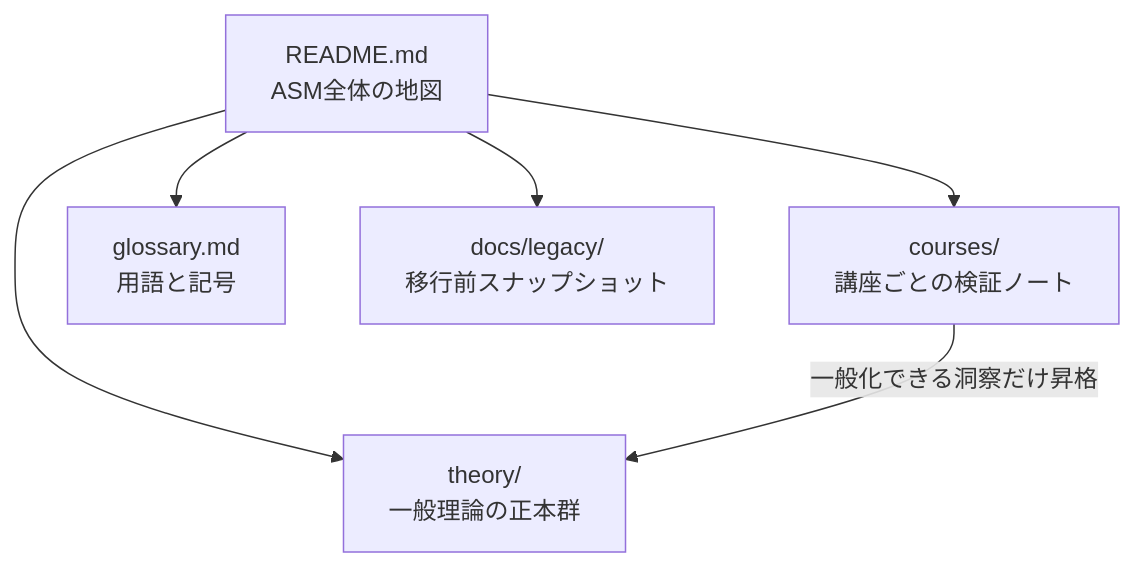
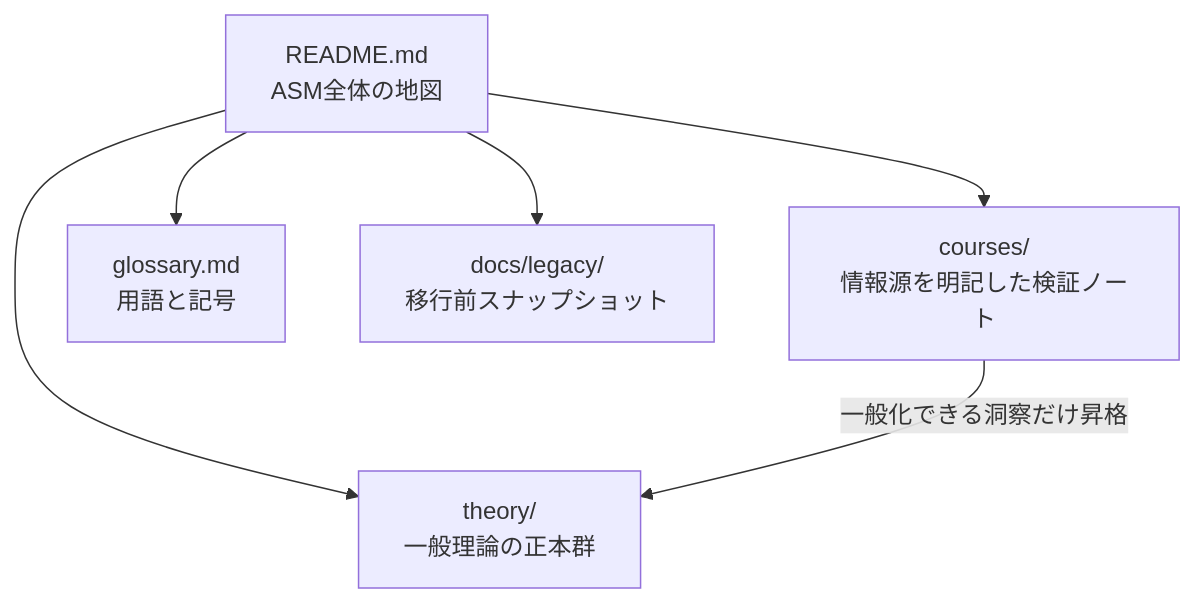
One commit to niikei/accounting-state-model changed the second of 3 diagrams in README.md. Above: the diagram before and after it, drawn with Mermaid. The commit also changed other lines of this file and 15 other files, not shown here.

````diff
--- a/README.md
+++ b/README.md
@@ -42,14 +42,14 @@
 ```mermaid
 flowchart TD
     README["README.md<br/>ASM全体の地図"]
     THEORY["theory/<br/>一般理論の正本群"]
-    COURSES["courses/<br/>講座ごとの検証ノート"]
+    COURSES["courses/<br/>情報源を明記した検証ノート"]
     GLOSSARY["glossary.md<br/>用語と記号"]
     LEGACY["docs/legacy/<br/>移行前スナップショット"]
 
     README --> THEORY
     README --> COURSES
     README --> GLOSSARY
     README --> LEGACY
     COURSES -->|"一般化できる洞察だけ昇格"| THEORY
 ```
````
